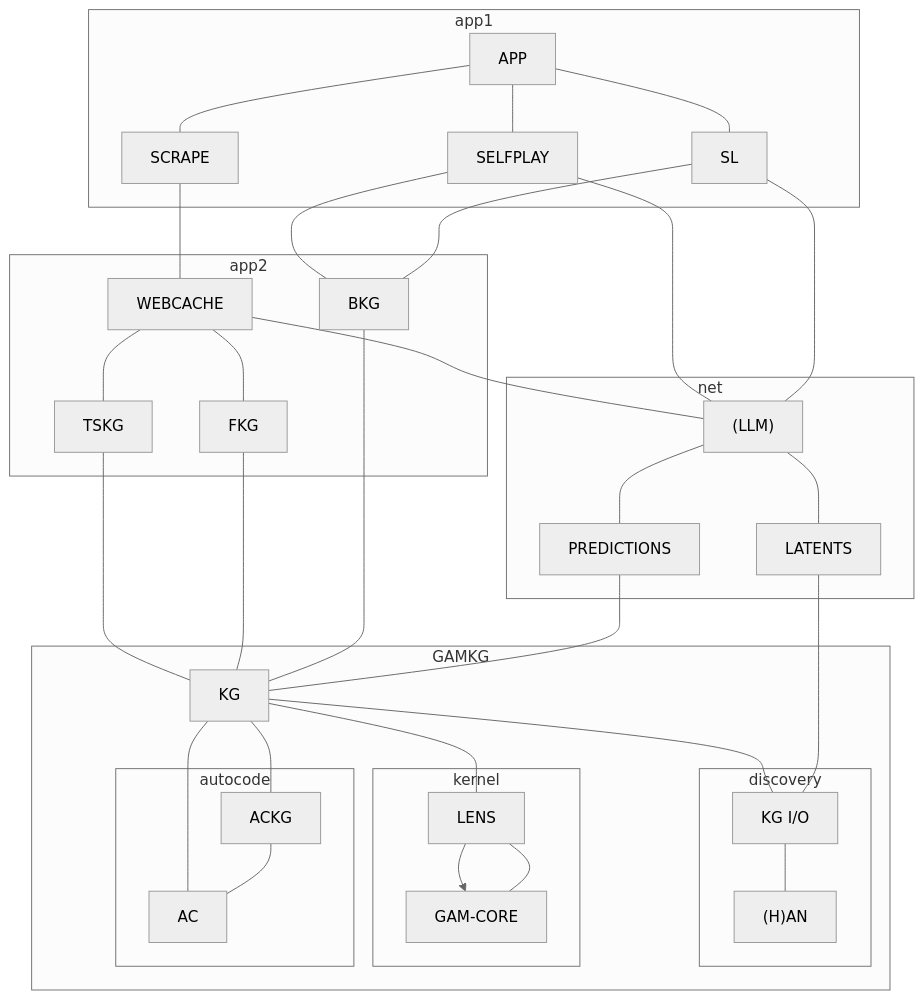
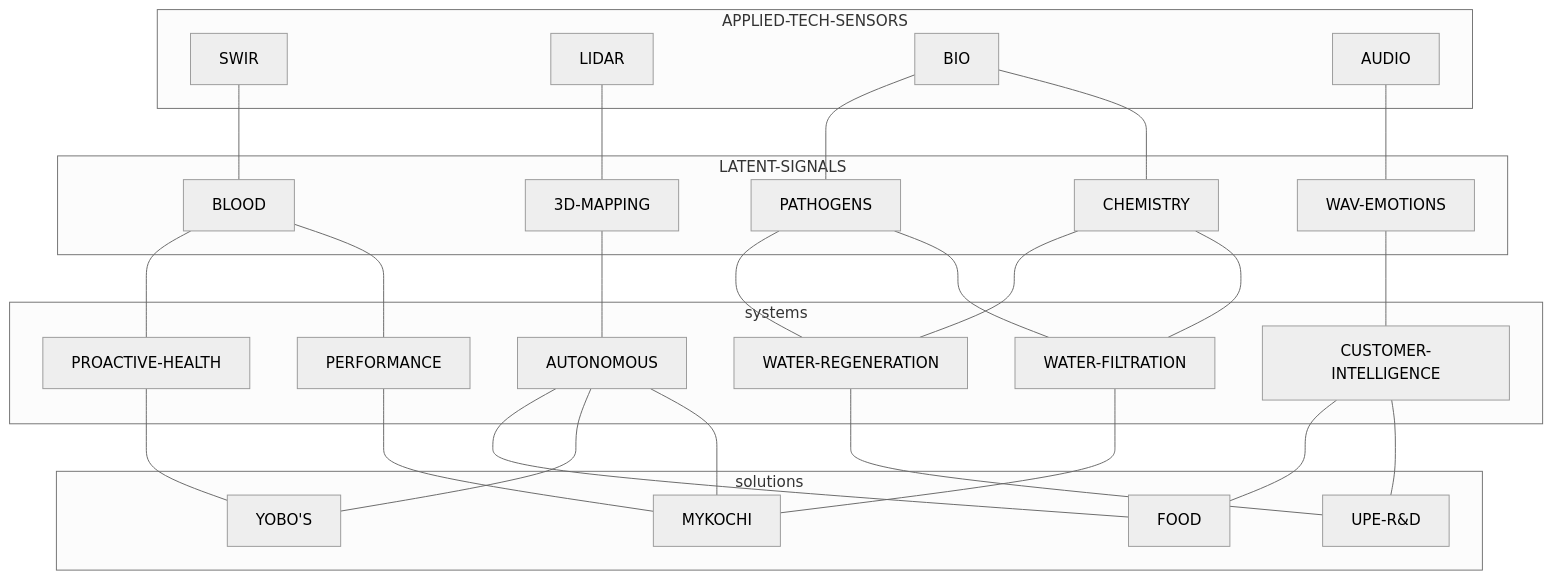
One commit to tinycatalyzer/Plans changed the diagram in ideas.md. Above: the diagram before and after it, drawn with Mermaid (neutral theme). The commit also changed other lines of this file, not shown here.

````diff
--- a/ideas.md
+++ b/ideas.md
@@ -2,32 +1,28 @@
 ```mermaid
 graph TD;
-	subgraph app1
-	APP --- SCRAPE
-	APP --- SELFPLAY & SL
+	subgraph APPLIED-TECH-SENSORS
+	SWIR 
+	LIDAR 
+	BIO  
+	AUDIO 
 	end
-	subgraph app2
-	SCRAPE --- WEBCACHE --- TSKG & FKG
-	SELFPLAY & SL --- BKG
+	subgraph LATENT-SIGNALS
+	SWIR --- BLOOD
+	LIDAR --- 3D-MAPPING
+	BIO --- PATHOGENS & CHEMISTRY
+	AUDIO --- WAV-EMOTIONS 
 	end
-	TSKG & FKG & BKG --- KG
-	WEBCACHE & SELFPLAY & SL --- LLM["(LLM)"]
-	KG --- LENS & KGIO["KG I/O"] & AC
-	subgraph net 
-	LLM --- PREDICTIONS & LATENTS
+	subgraph systems
+	WAV-EMOTIONS --- CUSTOMER-INTELLIGENCE
+	PATHOGENS & CHEMISTRY --- WATER-REGENERATION & WATER-FILTRATION 
+	3D-MAPPING --- AUTONOMOUS
+	BLOOD --- PROACTIVE-HEALTH & PERFORMANCE 
 	end
-	LATENTS --- KGIO
-	PREDICTIONS --- KG
-	subgraph GAMKG
-	KG --- ACKG
-	subgraph discovery
-	KGIO --- HAN["(H)AN"]
+	subgraph solutions
+	CUSTOMER-INTELLIGENCE & AUTONOMOUS --- FOOD
+	CUSTOMER-INTELLIGENCE & WATER-REGENERATION --- UPE-R&D
+	PROACTIVE-HEALTH & AUTONOMOUS ---  YOBO'S  
+	PERFORMANCE & AUTONOMOUS & WATER-FILTRATION --- MYKOCHI
 	end
-	subgraph kernel
-	LENS  --> GAM["GAM-CORE"]
-	LENS --- GAM
-	end
-	subgraph autocode
-	ACKG --- AC
-	end
-	end
+	
 ```
````
